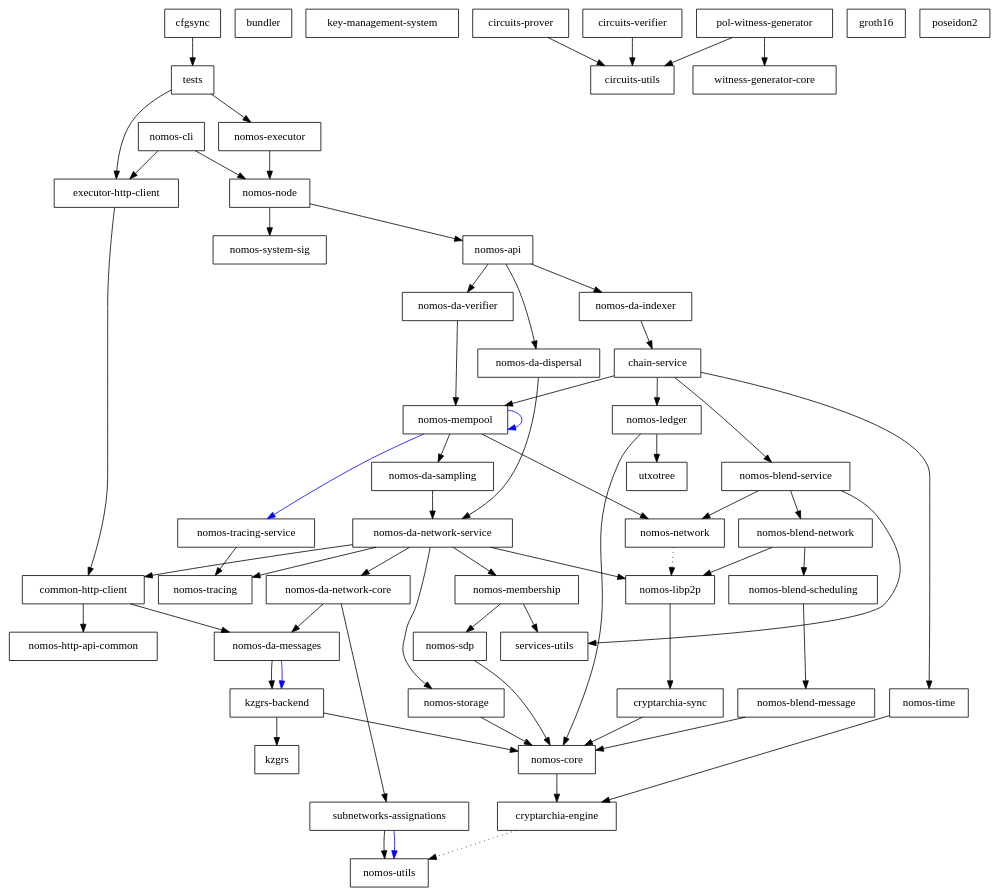
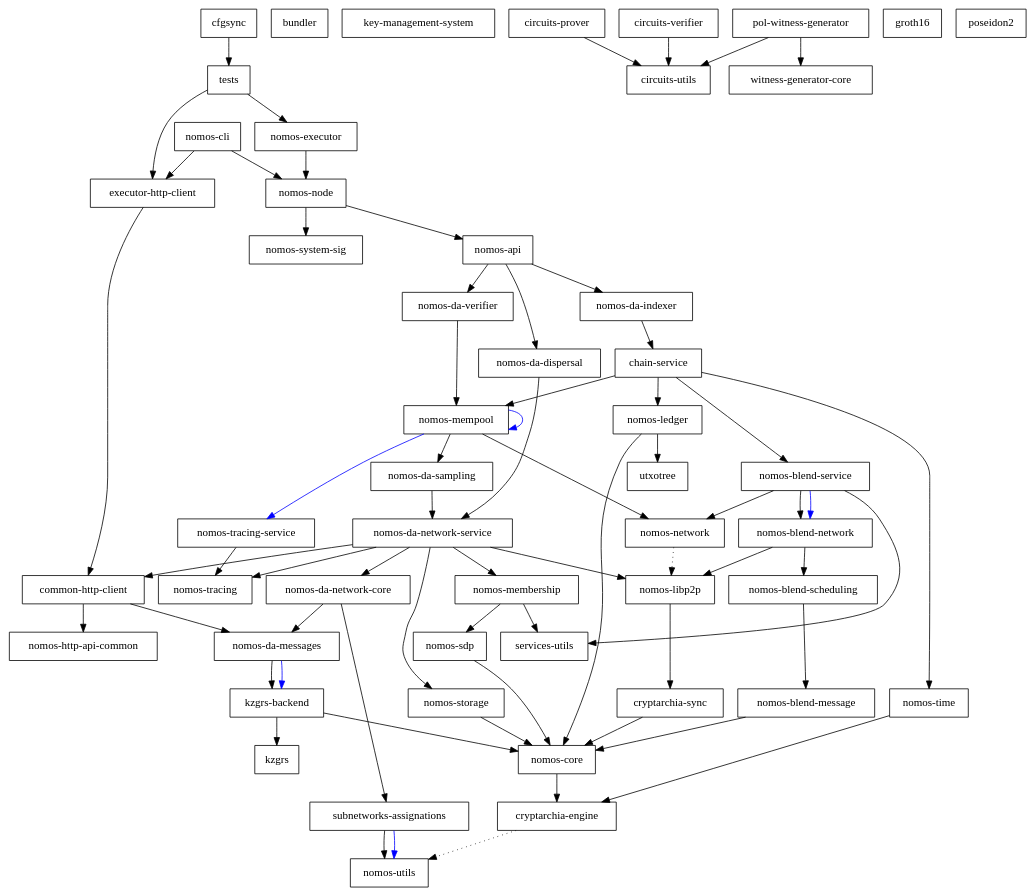
The diagram in dependencies_graph.dot (Astro521/logos-blockchain), drawn with Graphviz before and after one commit. The commit also changed 29 other files, not shown here.

```diff
--- a/dependencies_graph.dot
+++ b/dependencies_graph.dot
@@ -1,116 +1,117 @@
 digraph {
     0 [ label = "cryptarchia-engine" shape = box]
     1 [ label = "nomos-utils" shape = box]
     2 [ label = "cryptarchia-sync" shape = box]
     3 [ label = "nomos-core" shape = box]
     4 [ label = "nomos-ledger" shape = box]
     5 [ label = "utxotree" shape = box]
     6 [ label = "nomos-http-api-common" shape = box]
     7 [ label = "nomos-executor" shape = box]
     8 [ label = "kzgrs-backend" shape = box]
     9 [ label = "kzgrs" shape = box]
     10 [ label = "nomos-api" shape = box]
     11 [ label = "chain-service" shape = box]
     12 [ label = "nomos-blend-service" shape = box]
     13 [ label = "nomos-blend-message" shape = box]
     14 [ label = "nomos-blend-network" shape = box]
     15 [ label = "nomos-blend-scheduling" shape = box]
     16 [ label = "nomos-libp2p" shape = box]
     17 [ label = "nomos-network" shape = box]
     18 [ label = "services-utils" shape = box]
     19 [ label = "nomos-da-sampling" shape = box]
     20 [ label = "nomos-da-network-core" shape = box]
     21 [ label = "nomos-da-messages" shape = box]
     22 [ label = "subnetworks-assignations" shape = box]
     23 [ label = "nomos-da-network-service" shape = box]
     24 [ label = "common-http-client" shape = box]
     25 [ label = "nomos-membership" shape = box]
     26 [ label = "nomos-sdp" shape = box]
     27 [ label = "nomos-storage" shape = box]
     28 [ label = "nomos-tracing" shape = box]
     29 [ label = "nomos-mempool" shape = box]
     30 [ label = "nomos-tracing-service" shape = box]
     31 [ label = "nomos-time" shape = box]
     32 [ label = "nomos-da-dispersal" shape = box]
     33 [ label = "nomos-da-indexer" shape = box]
     34 [ label = "nomos-da-verifier" shape = box]
     35 [ label = "nomos-node" shape = box]
     36 [ label = "nomos-system-sig" shape = box]
     37 [ label = "executor-http-client" shape = box]
     38 [ label = "bundler" shape = box]
     39 [ label = "nomos-cli" shape = box]
     40 [ label = "key-management-system" shape = box]
     41 [ label = "cfgsync" shape = box]
     42 [ label = "tests" shape = box]
     43 [ label = "circuits-prover" shape = box]
     44 [ label = "circuits-utils" shape = box]
     45 [ label = "circuits-verifier" shape = box]
     46 [ label = "witness-generator-core" shape = box]
     47 [ label = "pol-witness-generator" shape = box]
     48 [ label = "groth16" shape = box]
     49 [ label = "poseidon2" shape = box]
     0 -> 1 [ style = dotted]
     2 -> 3 [ ]
     3 -> 0 [ ]
     4 -> 3 [ ]
     4 -> 5 [ ]
     7 -> 35 [ ]
     8 -> 9 [ ]
     8 -> 3 [ ]
     10 -> 32 [ ]
     10 -> 33 [ ]
     10 -> 34 [ ]
     11 -> 12 [ ]
     11 -> 4 [ ]
     11 -> 29 [ ]
     11 -> 31 [ ]
     12 -> 14 [ ]
+    12 -> 14 [ color = blue]
     12 -> 17 [ ]
     12 -> 18 [ ]
     13 -> 3 [ ]
     14 -> 15 [ ]
     14 -> 16 [ ]
     15 -> 13 [ ]
     16 -> 2 [ ]
     17 -> 16 [ style = dotted]
     19 -> 23 [ ]
     20 -> 21 [ ]
     20 -> 22 [ ]
     21 -> 8 [ ]
     21 -> 8 [ color = blue]
     22 -> 1 [ ]
     22 -> 1 [ color = blue]
     23 -> 24 [ ]
     23 -> 20 [ ]
     23 -> 16 [ ]
     23 -> 25 [ ]
     23 -> 27 [ ]
     23 -> 28 [ ]
     24 -> 21 [ ]
     24 -> 6 [ ]
     25 -> 26 [ ]
     25 -> 18 [ ]
     26 -> 3 [ ]
     27 -> 3 [ ]
     29 -> 19 [ ]
     29 -> 29 [ color = blue]
     29 -> 17 [ ]
     29 -> 30 [ color = blue]
     30 -> 28 [ ]
     31 -> 0 [ ]
     32 -> 23 [ ]
     33 -> 11 [ ]
     34 -> 29 [ ]
     35 -> 10 [ ]
     35 -> 36 [ ]
     37 -> 24 [ ]
     39 -> 37 [ ]
     39 -> 35 [ ]
     41 -> 42 [ ]
     42 -> 37 [ ]
     42 -> 7 [ ]
     43 -> 44 [ ]
     45 -> 44 [ ]
     47 -> 44 [ ]
     47 -> 46 [ ]
 }
```
